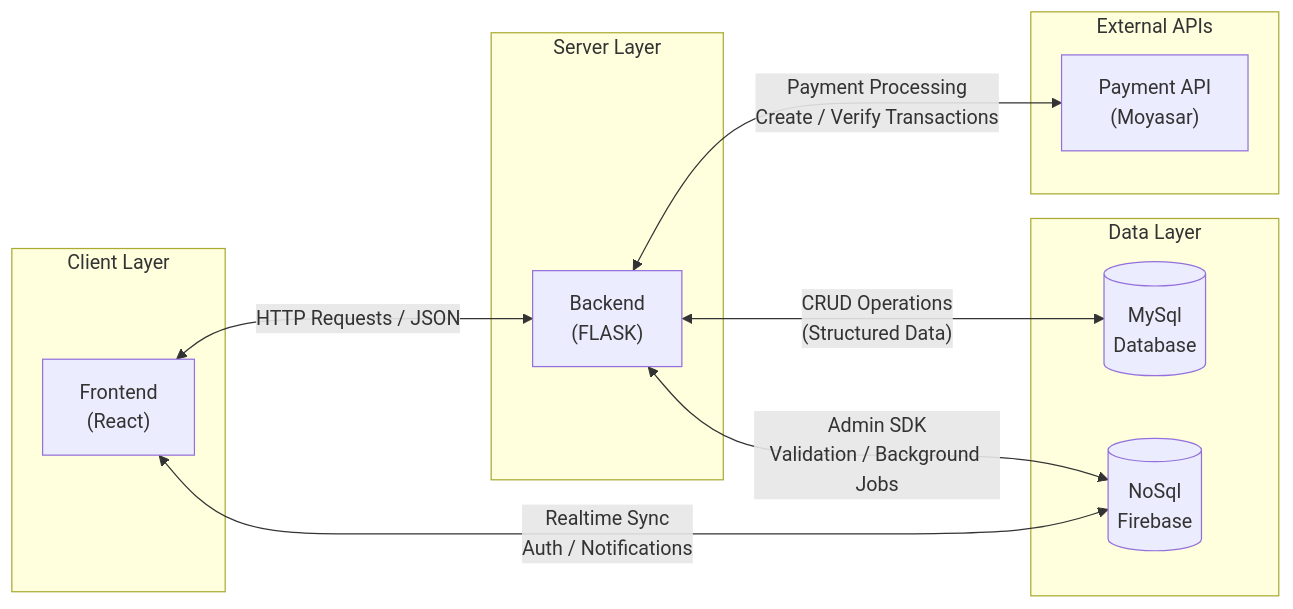
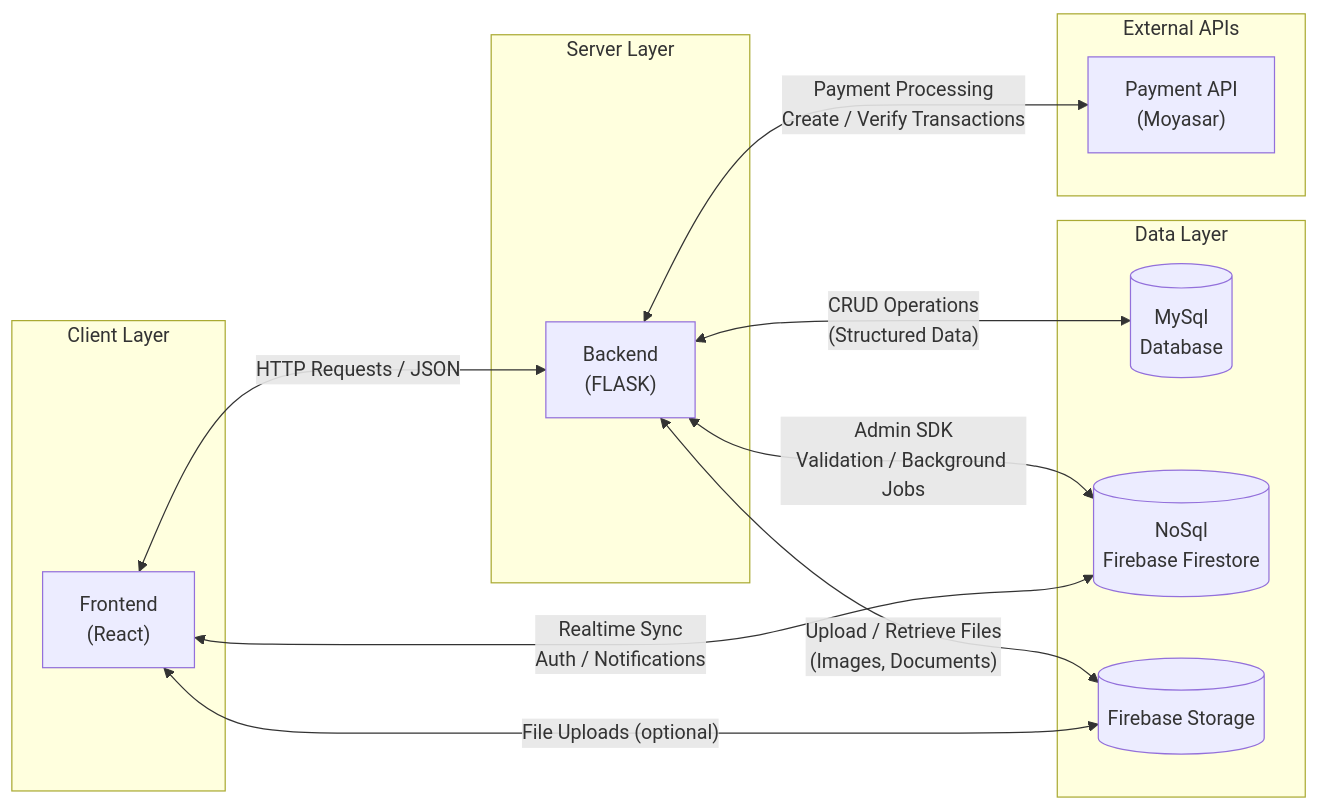
Before and after one commit to aziz5g-tech/holbertonschool-portfolio-project: the first of 2 diagrams in Stage 3/high-level architecture diagram .md, drawn with Mermaid. The commit also changed other lines of this file, not shown here.

First line of the commit message:
Revise architecture diagram and data flow details

````diff
--- a/Stage 3/high-level architecture diagram .md
+++ b/Stage 3/high-level architecture diagram .md
@@ -4,34 +4,41 @@
 ```mermaid
 flowchart LR
     subgraph Client["Client Layer"]
         FE["Frontend<br/>(React)"]
     end
 
     subgraph Server["Server Layer"]
         BE["Backend<br/>(FLASK)"]
     end
 
     subgraph Data["Data Layer"]
         DB[(MySql<br/>Database)]
-        DB2[(NoSql<br/>Firebase)]
+        DB2[(NoSql<br/>Firebase Firestore)]
+        FS[(Firebase Storage)]
     end
 
     subgraph External["External APIs"]
         MOYASAR["Payment API<br/>(Moyasar)"]
     end
 
     %% Client ↔ Backend
     FE <-->|"HTTP Requests / JSON"| BE
 
     %% Backend ↔ MySQL
     BE <-->|"CRUD Operations<br/>(Structured Data)"| DB
 
+    %% Backend ↔ Firebase Firestore
+    BE <-->|"Admin SDK<br/>Validation / Background Jobs"| DB2
+
+    %% Backend ↔ Firebase Storage
+    BE <-->|"Upload / Retrieve Files<br/>(Images, Documents)"| FS
+
+    %% Client ↔ Firebase Firestore
+    FE <-->|"Realtime Sync<br/>Auth / Notifications"| DB2
+
+    %% Client ↔ Firebase Storage (optional direct upload)
+    FE <-->|"File Uploads (optional)"| FS
+
     %% Backend ↔ Payment Gateway
     BE <-->|"Payment Processing<br/>Create / Verify Transactions"| MOYASAR
-
-    %% Client ↔ Firebase
-    FE <-->|"Realtime Sync<br/>Auth / Notifications"| DB2
-
-    %% Backend ↔ Firebase
-    BE <-->|"Admin SDK<br/>Validation / Background Jobs"| DB2
 ```
````
